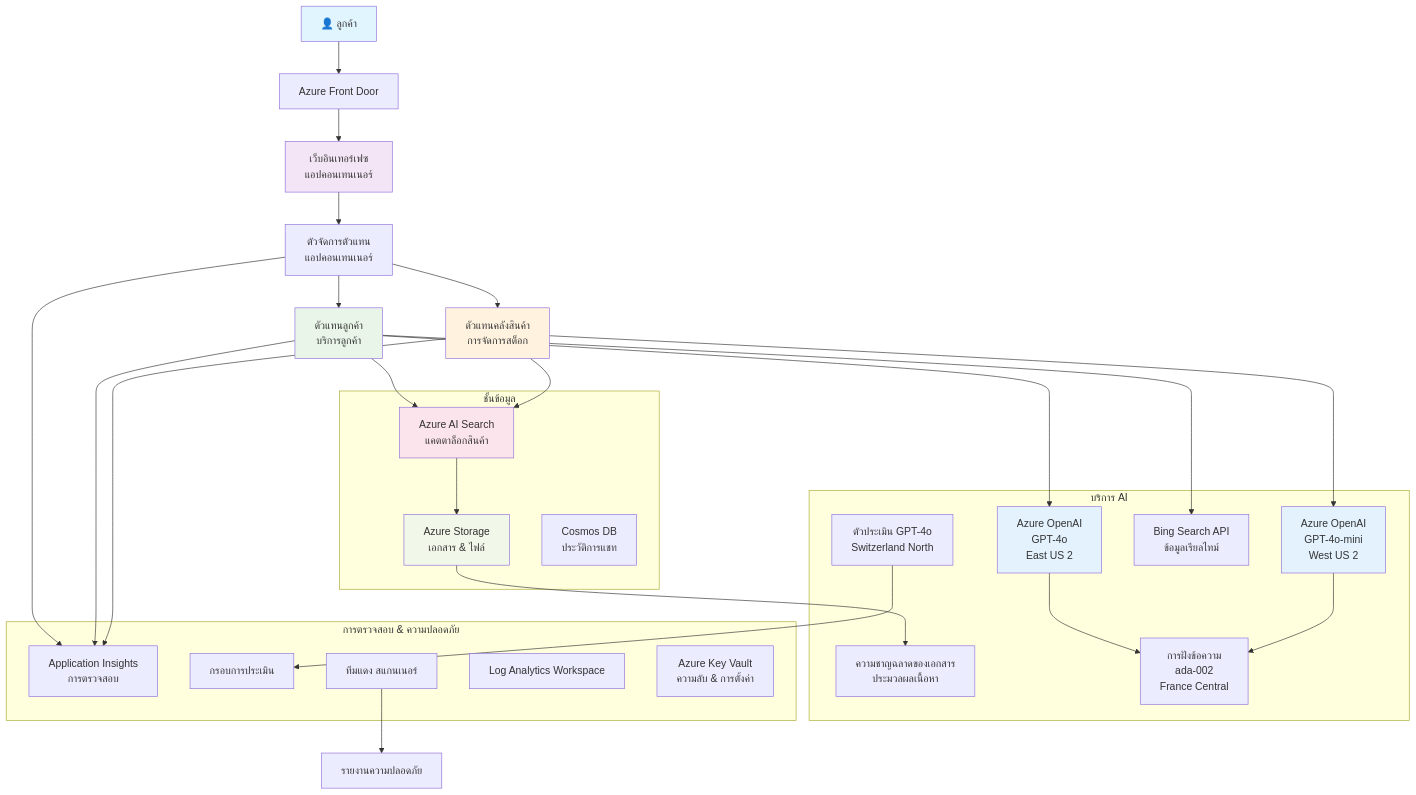
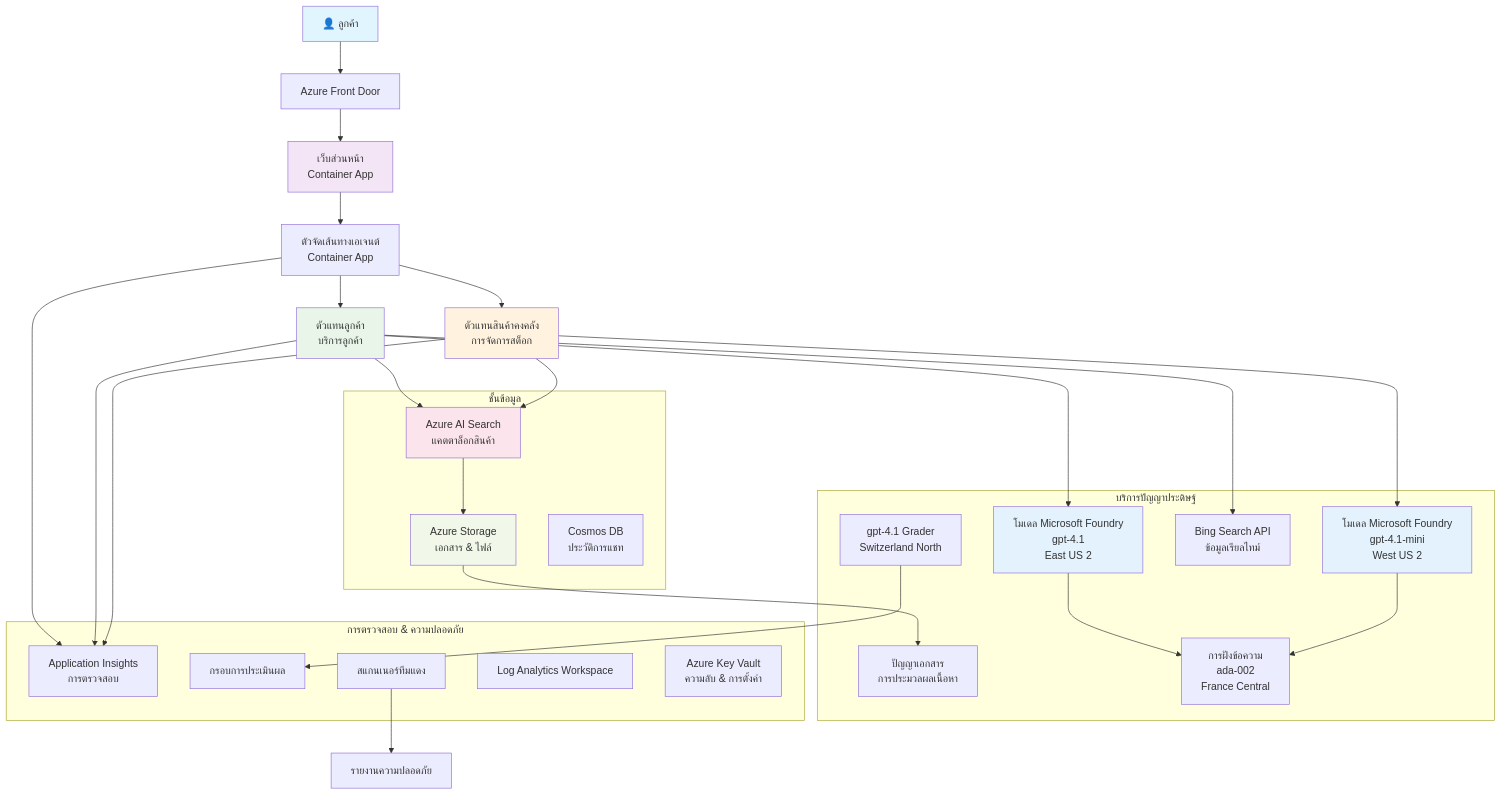
Before and after one commit to microsoft/AZD-for-beginners: the diagram in translations/th/examples/retail-scenario.md, drawn with Mermaid. The commit also changed other lines of this file and 101 other files, not shown here.

````diff
--- a/translations/th/examples/retail-scenario.md
+++ b/translations/th/examples/retail-scenario.md
@@ -139,61 +139,61 @@
 ```mermaid
 graph TB
     User[👤 ลูกค้า] --> LB[Azure Front Door]
-    LB --> WebApp[เว็บอินเทอร์เฟซ<br/>แอปคอนเทนเนอร์]
+    LB --> WebApp[เว็บส่วนหน้า<br/>Container App]
     
-    WebApp --> Router[ตัวจัดการตัวแทน<br/>แอปคอนเทนเนอร์]
+    WebApp --> Router[ตัวจัดเส้นทางเอเจนต์<br/>Container App]
     Router --> CustomerAgent[ตัวแทนลูกค้า<br/>บริการลูกค้า]
-    Router --> InvAgent[ตัวแทนคลังสินค้า<br/>การจัดการสต็อก]
+    Router --> InvAgent[ตัวแทนสินค้าคงคลัง<br/>การจัดการสต็อก]
     
-    CustomerAgent --> OpenAI1[Azure OpenAI<br/>GPT-4o<br/>East US 2]
-    InvAgent --> OpenAI2[Azure OpenAI<br/>GPT-4o-mini<br/>West US 2]
+    CustomerAgent --> OpenAI1[โมเดล Microsoft Foundry<br/>gpt-4.1<br/>East US 2]
+    InvAgent --> OpenAI2[โมเดล Microsoft Foundry<br/>gpt-4.1-mini<br/>West US 2]
     
     CustomerAgent --> AISearch[Azure AI Search<br/>แคตตาล็อกสินค้า]
     CustomerAgent --> BingSearch[Bing Search API<br/>ข้อมูลเรียลไทม์]
     InvAgent --> AISearch
     
     AISearch --> Storage[Azure Storage<br/>เอกสาร & ไฟล์]
-    Storage --> DocIntel[ความชาญฉลาดของเอกสาร<br/>ประมวลผลเนื้อหา]
+    Storage --> DocIntel[ปัญญาเอกสาร<br/>การประมวลผลเนื้อหา]
     
     OpenAI1 --> Embeddings[การฝังข้อความ<br/>ada-002<br/>France Central]
     OpenAI2 --> Embeddings
     
     Router --> AppInsights[Application Insights<br/>การตรวจสอบ]
     CustomerAgent --> AppInsights
     InvAgent --> AppInsights
     
-    GraderModel[ตัวประเมิน GPT-4o<br/>Switzerland North] --> Evaluation[กรอบการประเมิน]
-    RedTeam[ทีมแดง สแกนเนอร์] --> SecurityReports[รายงานความปลอดภัย]
+    GraderModel[gpt-4.1 Grader<br/>Switzerland North] --> Evaluation[กรอบการประเมินผล]
+    RedTeam[สแกนเนอร์ทีมแดง] --> SecurityReports[รายงานความปลอดภัย]
     
     subgraph "ชั้นข้อมูล"
         Storage
         AISearch
         CosmosDB[Cosmos DB<br/>ประวัติการแชท]
     end
     
-    subgraph "บริการ AI"
+    subgraph "บริการปัญญาประดิษฐ์"
         OpenAI1
         OpenAI2
         Embeddings
         GraderModel
         DocIntel
         BingSearch
     end
     
     subgraph "การตรวจสอบ & ความปลอดภัย"
         AppInsights
         LogAnalytics[Log Analytics Workspace]
         KeyVault[Azure Key Vault<br/>ความลับ & การตั้งค่า]
         RedTeam
         Evaluation
     end
     
     style User fill:#e1f5fe
     style WebApp fill:#f3e5f5
     style CustomerAgent fill:#e8f5e8
     style InvAgent fill:#fff3e0
     style OpenAI1 fill:#e3f2fd
     style OpenAI2 fill:#e3f2fd
     style AISearch fill:#fce4ec
     style Storage fill:#f1f8e9
 ```  
````
